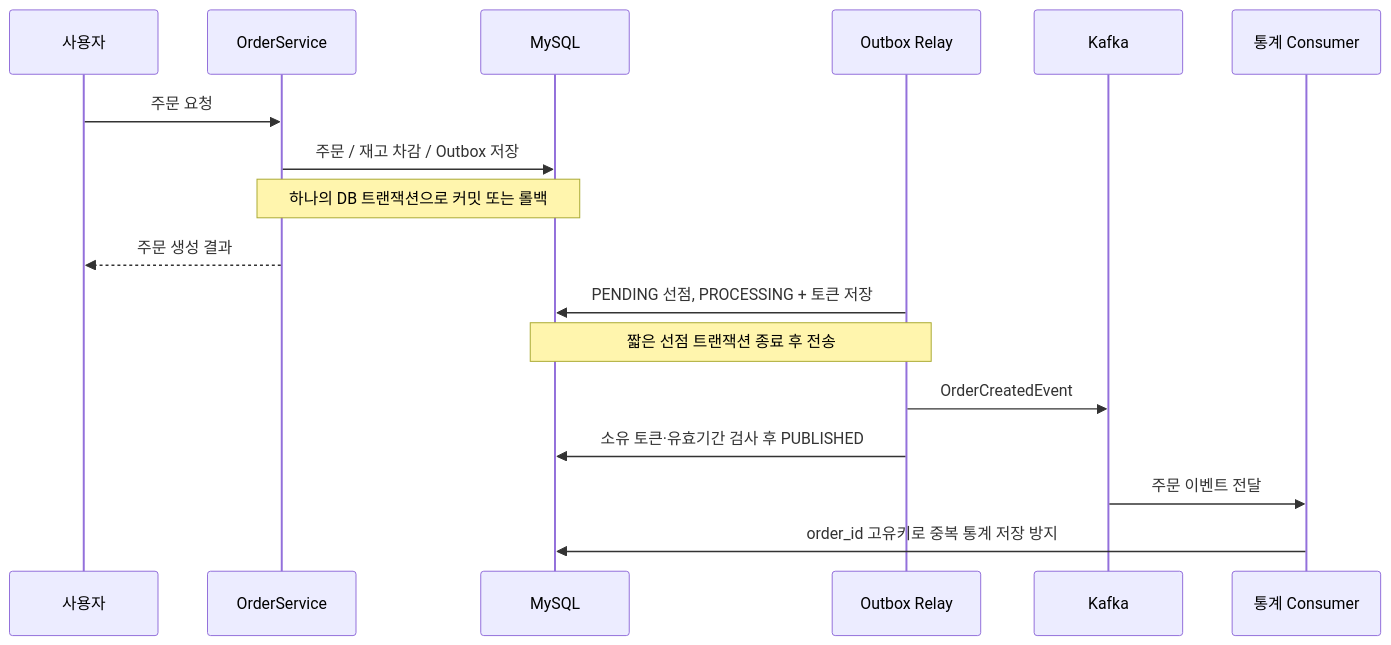
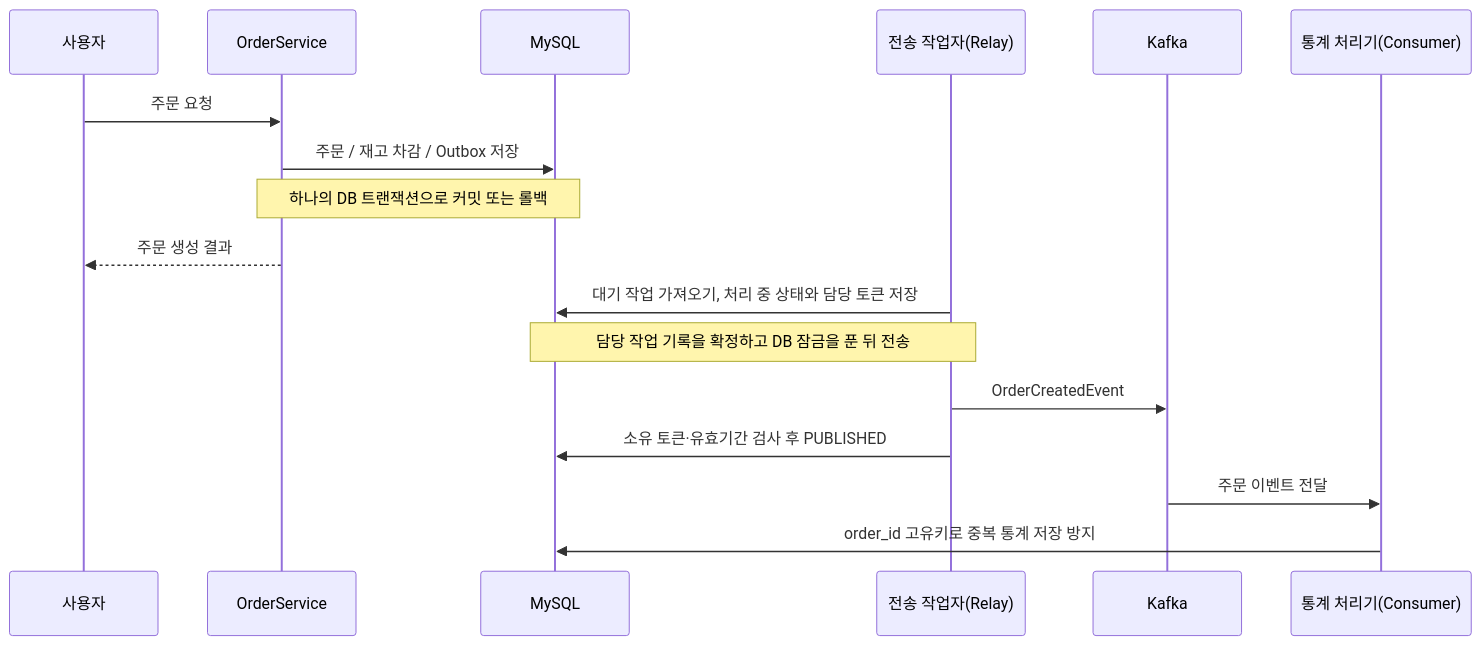
One commit to whdcks0101-beep/admin-api changed the second of 3 diagrams in docs/portfolio/architecture.md. Above: the diagram before and after it, drawn with Mermaid. The commit also changed other lines of this file and 6 other files, not shown here.

````diff
--- a/docs/portfolio/architecture.md
+++ b/docs/portfolio/architecture.md
@@ -31,19 +31,19 @@
 ```mermaid
 sequenceDiagram
   participant U as 사용자
   participant A as OrderService
   participant D as MySQL
-  participant R as Outbox Relay
+  participant R as 전송 작업자(Relay)
   participant K as Kafka
-  participant S as 통계 Consumer
+  participant S as 통계 처리기(Consumer)
   U->>A: 주문 요청
   A->>D: 주문 / 재고 차감 / Outbox 저장
   Note over A,D: 하나의 DB 트랜잭션으로 커밋 또는 롤백
   A-->>U: 주문 생성 결과
-  R->>D: PENDING 선점, PROCESSING + 토큰 저장
-  Note over R,D: 짧은 선점 트랜잭션 종료 후 전송
+  R->>D: 대기 작업 가져오기, 처리 중 상태와 담당 토큰 저장
+  Note over R,D: 담당 작업 기록을 확정하고 DB 잠금을 푼 뒤 전송
   R->>K: OrderCreatedEvent
   R->>D: 소유 토큰·유효기간 검사 후 PUBLISHED
   K->>S: 주문 이벤트 전달
   S->>D: order_id 고유키로 중복 통계 저장 방지
 ```
````
